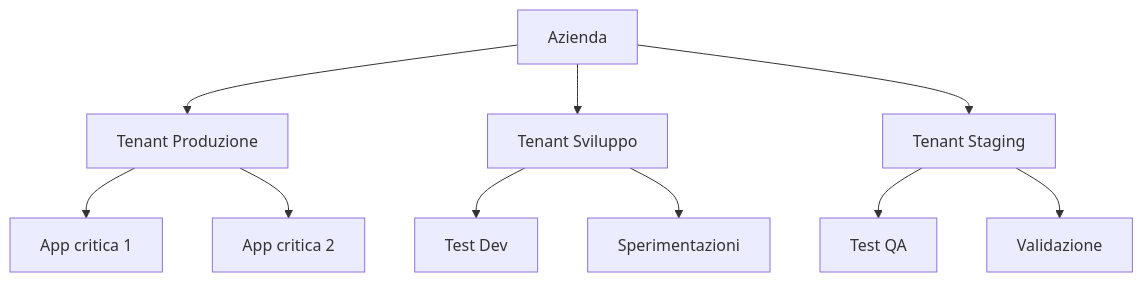
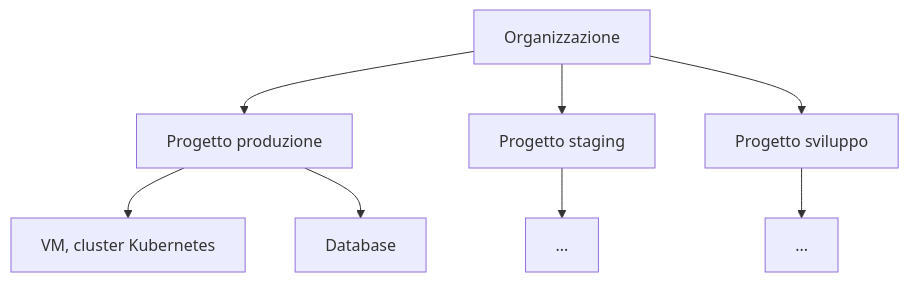
Before and after one commit to HidoraSwiss/hikube-public-doc: the diagram in i18n/it/docusaurus-plugin-content-docs/current/getting-started/concepts.md, drawn with Mermaid. The commit also changed other lines of this file and 148 other files, not shown here.

````diff
--- a/i18n/it/docusaurus-plugin-content-docs/current/getting-started/concepts.md
+++ b/i18n/it/docusaurus-plugin-content-docs/current/getting-started/concepts.md
@@ -22,15 +28,11 @@
 ```mermaid
 graph TB
-    A[Azienda] --> B[Tenant Produzione]
-    A --> C[Tenant Sviluppo]
-    A --> D[Tenant Staging]
+    O[Organizzazione] --> P1[Progetto produzione]
+    O --> P2[Progetto staging]
+    O --> P3[Progetto sviluppo]
 
-    B --> E[App critica 1]
-    B --> F[App critica 2]
-
-    C --> G[Test Dev]
-    C --> H[Sperimentazioni]
-
-    D --> I[Test QA]
-    D --> J[Validazione]
+    P1 --> R1[VM, cluster Kubernetes]
+    P1 --> R2[Database]
+    P2 --> R3[...]
+    P3 --> R4[...]
 ```
````
